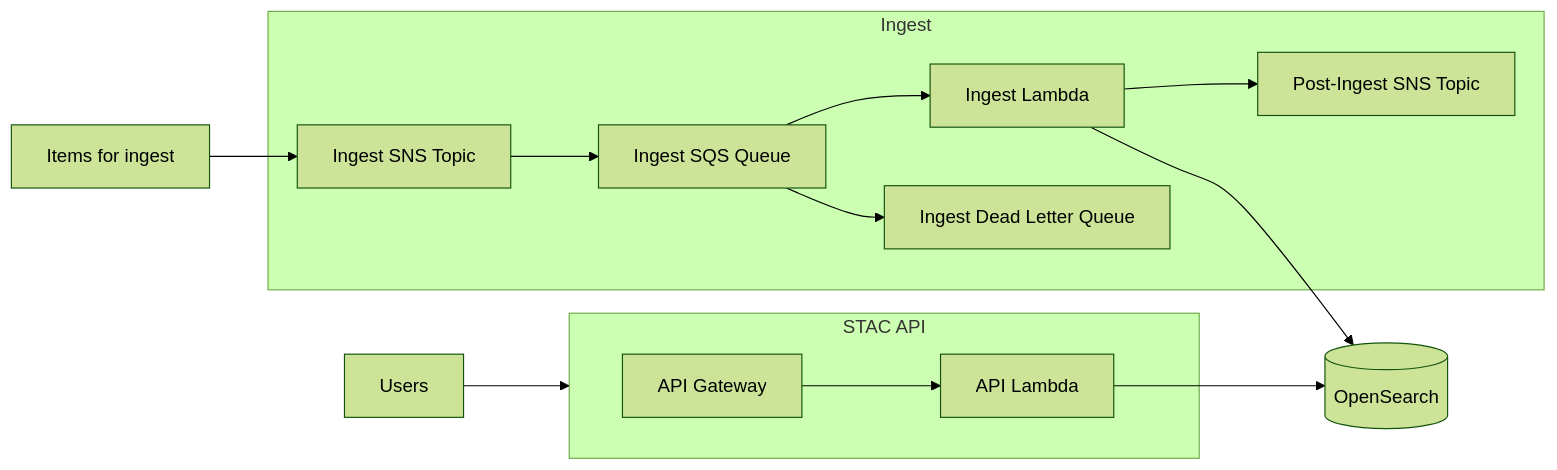
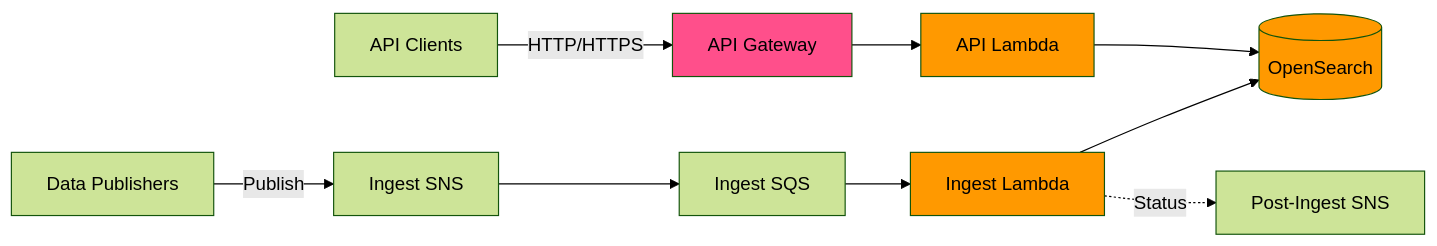
One commit to stac-utils/stac-server changed the diagram in README.md. Above: the diagram before and after it, drawn with Mermaid (forest theme). The commit also changed other lines of this file and 5 other files, not shown here.

````diff
--- a/README.md
+++ b/README.md
@@ -88,40 +89,18 @@
 ```mermaid
 flowchart LR
-
-itemsForIngest[Items for ingest]
-
-subgraph ingest[Ingest]
-  ingestSnsTopic[Ingest SNS Topic]
-  ingestQueue[Ingest SQS Queue]
-  ingestLambda[Ingest Lambda]
-  postIngestSnsTopic[Post-Ingest SNS Topic]
-
-  ingestDeadLetterQueue[Ingest Dead Letter Queue]
-end
-
-users[Users]
-
-subgraph api[STAC API]
-  apiGateway[API Gateway]
-  apiLambda[API Lambda]
-end
-
-opensearch[(OpenSearch)]
-
-%% Ingest workflow
-
-itemsForIngest --> ingestSnsTopic
-ingestSnsTopic --> ingestQueue
-ingestQueue --> ingestLambda
-ingestQueue --> ingestDeadLetterQueue
-ingestLambda --> opensearch
-ingestLambda --> postIngestSnsTopic
-
-
-%% API workflow
-
-users --> api
-apiGateway --> apiLambda
-apiLambda --> opensearch
-
+    client[API Clients] -->|HTTP/HTTPS| apigw[API Gateway]
+    apigw --> apiLambda[API Lambda]
+    apiLambda --> opensearch[(OpenSearch)]
+    
+    publisher[Data Publishers] -->|Publish| ingestSNS[Ingest SNS]
+    ingestSNS --> ingestSQS[Ingest SQS]
+    ingestSQS --> ingestLambda[Ingest Lambda]
+    ingestLambda --> opensearch
+    
+    ingestLambda -.->|Status| postSNS[Post-Ingest SNS]
+    
+    style opensearch fill:#ff9900
+    style apiLambda fill:#ff9900
+    style ingestLambda fill:#ff9900
+    style apigw fill:#ff4f8b
 ```
````
